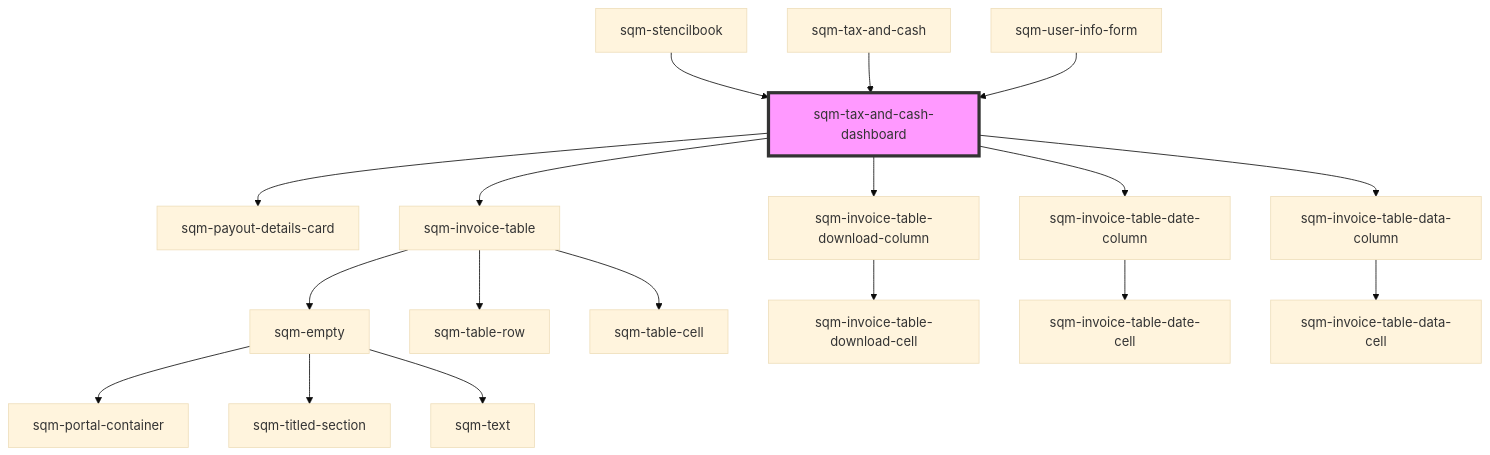
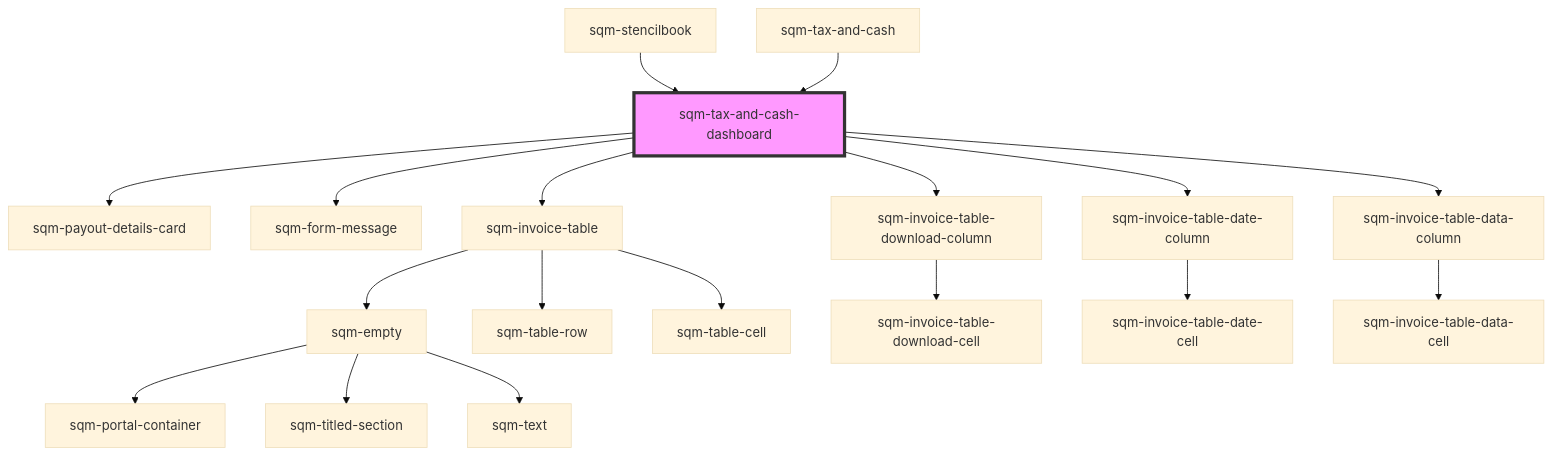
The diagram in packages/mint-components/src/components/tax-and-cash/sqm-tax-and-cash-dashboard/readme.md (saasquatch/program-tools), drawn with Mermaid (base theme) before and after one commit. The commit also changed other lines of this file and 5 other files, not shown here.

````diff
--- a/packages/mint-components/src/components/tax-and-cash/sqm-tax-and-cash-dashboard/readme.md
+++ b/packages/mint-components/src/components/tax-and-cash/sqm-tax-and-cash-dashboard/readme.md
@@ -112,21 +113,21 @@
 ```mermaid
 graph TD;
   sqm-tax-and-cash-dashboard --> sqm-payout-details-card
+  sqm-tax-and-cash-dashboard --> sqm-form-message
   sqm-tax-and-cash-dashboard --> sqm-invoice-table
   sqm-tax-and-cash-dashboard --> sqm-invoice-table-download-column
   sqm-tax-and-cash-dashboard --> sqm-invoice-table-date-column
   sqm-tax-and-cash-dashboard --> sqm-invoice-table-data-column
   sqm-invoice-table --> sqm-empty
   sqm-invoice-table --> sqm-table-row
   sqm-invoice-table --> sqm-table-cell
   sqm-empty --> sqm-portal-container
   sqm-empty --> sqm-titled-section
   sqm-empty --> sqm-text
   sqm-invoice-table-download-column --> sqm-invoice-table-download-cell
   sqm-invoice-table-date-column --> sqm-invoice-table-date-cell
   sqm-invoice-table-data-column --> sqm-invoice-table-data-cell
   sqm-stencilbook --> sqm-tax-and-cash-dashboard
   sqm-tax-and-cash --> sqm-tax-and-cash-dashboard
-  sqm-user-info-form --> sqm-tax-and-cash-dashboard
   style sqm-tax-and-cash-dashboard fill:#f9f,stroke:#333,stroke-width:4px
 ```
````
